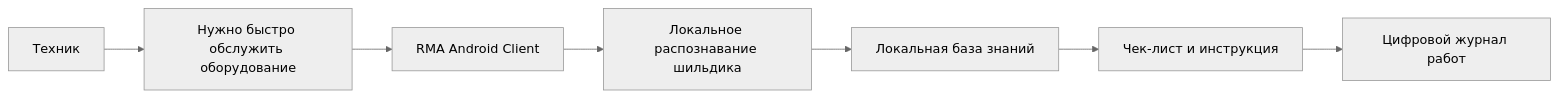
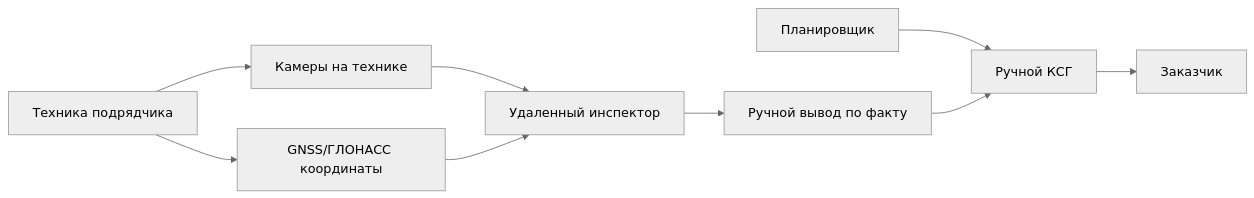
Before and after one commit to s21dlemanskiy/course-work: the diagram in 01-описание-системы.md, drawn with Mermaid (neutral theme). The commit also changed other lines of this file and 19 other files, not shown here.

````diff
--- a/01-описание-системы.md
+++ b/01-описание-системы.md
@@ -61,9 +75,11 @@
 ```mermaid
 flowchart LR
-    Technician[Техник] --> Problem[Нужно быстро обслужить оборудование]
-    Problem --> RMA[RMA Android Client]
-    RMA --> OCR[Локальное распознавание шильдика]
-    OCR --> KB[Локальная база знаний]
-    KB --> Checklist[Чек-лист и инструкция]
-    Checklist --> Log[Цифровой журнал работ]
+    Planner[Планировщик] --> KSG[Ручной КСГ]
+    Equipment[Техника подрядчика] --> GNSS[GNSS/ГЛОНАСС координаты]
+    Equipment --> Cameras[Камеры на технике]
+    Cameras --> RemoteInspector[Удаленный инспектор]
+    GNSS --> RemoteInspector
+    RemoteInspector --> Decision[Ручной вывод по факту]
+    Decision --> KSG
+    KSG --> Customer[Заказчик]
 ```
````
